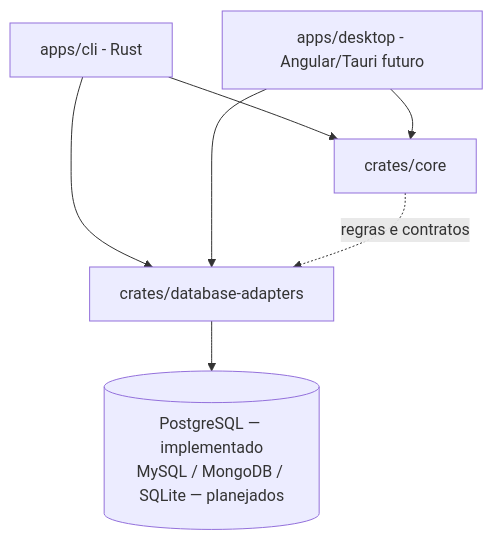
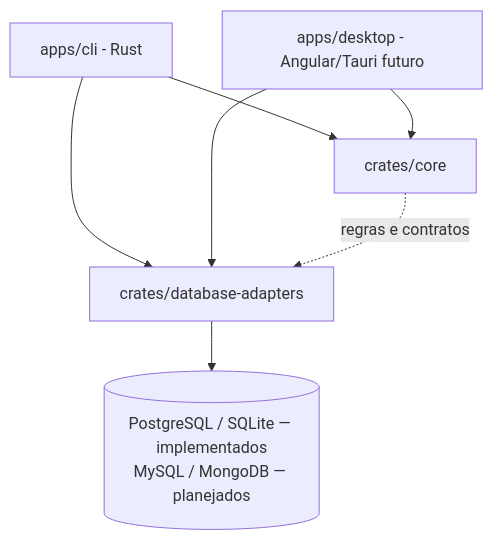
The first of 2 diagrams in docs/arquitetura.md (aqu1no1/database-backup-utility), drawn with Mermaid before and after one commit. The commit also changed other lines of this file and 8 other files, not shown here.

````diff
--- a/docs/arquitetura.md
+++ b/docs/arquitetura.md
@@ -3,9 +3,9 @@
 ```mermaid
 flowchart TD
   CLI[apps/cli - Rust] --> CORE[crates/core]
   DESKTOP[apps/desktop - Angular/Tauri futuro] --> CORE
   CLI --> ADAPTERS[crates/database-adapters]
   DESKTOP --> ADAPTERS
-  ADAPTERS --> DB[(PostgreSQL — implementado<br/>MySQL / MongoDB / SQLite — planejados)]
+  ADAPTERS --> DB[(PostgreSQL / SQLite — implementados<br/>MySQL / MongoDB — planejados)]
   CORE -. regras e contratos .-> ADAPTERS
 ```
````
